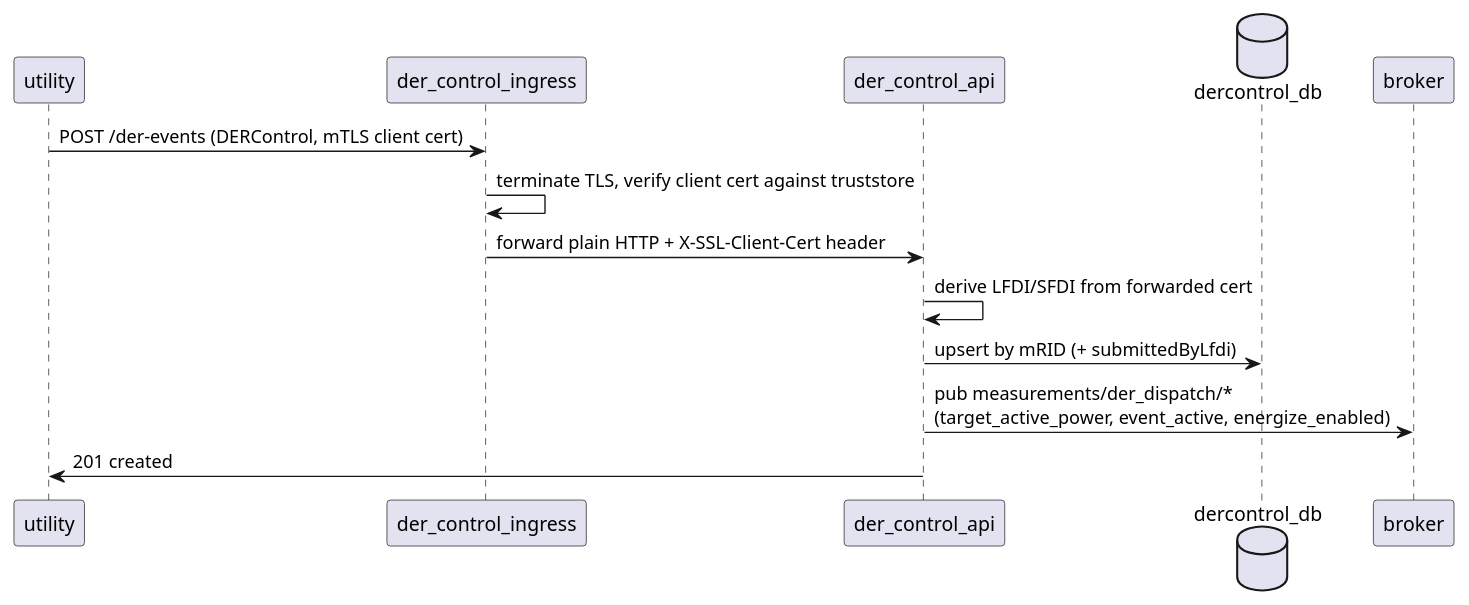
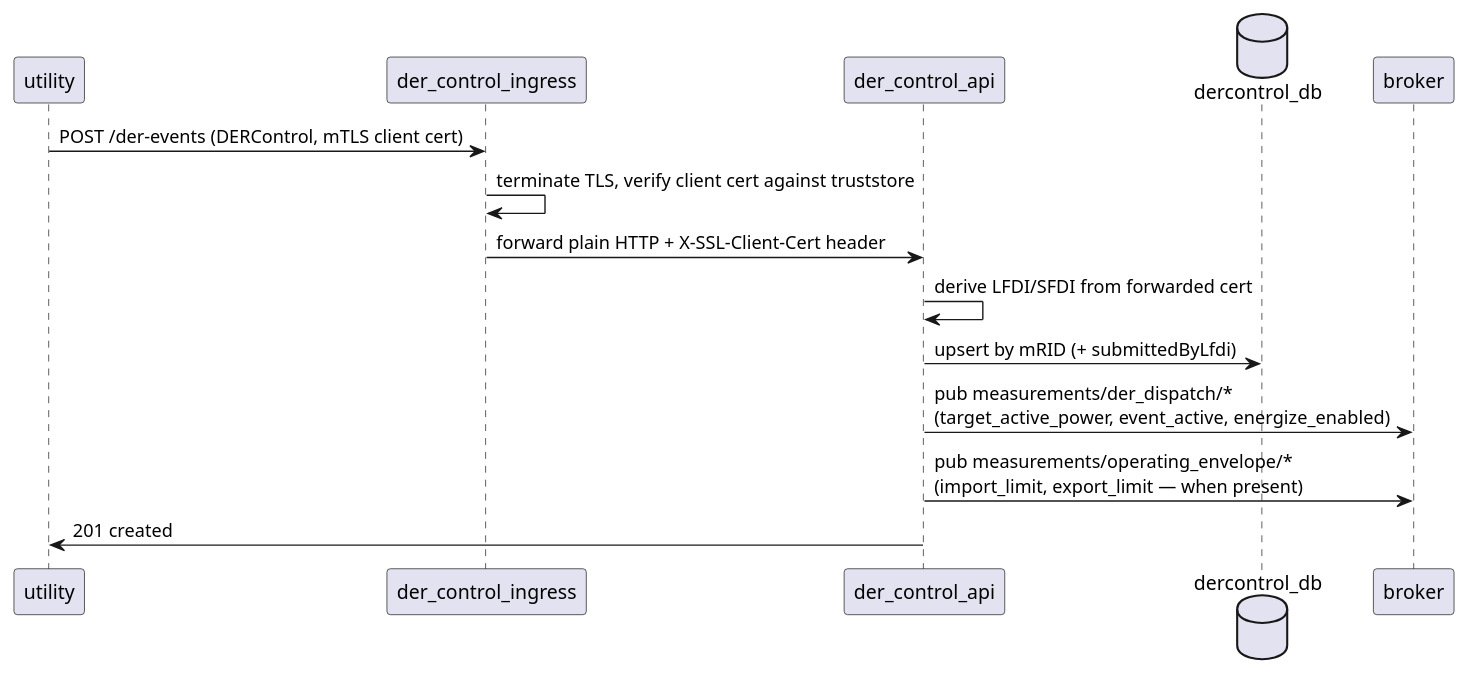
Before and after one commit to arcnode-io/ems-der-control-api: the first of 2 diagrams in readme.md, drawn with PlantUML. The commit also changed other lines of this file, not shown here.

First line of the commit message:
📝 docs(readme): correct the disproven DNP3-ownership claim, mark envelope wiring resolved

````diff
--- a/readme.md
+++ b/readme.md
@@ -41,15 +44,16 @@
 ```plantuml
 participant utility
 participant der_control_ingress
 participant der_control_api
 database dercontrol_db
 participant broker
 
 utility -> der_control_ingress: POST /der-events (DERControl, mTLS client cert)
 der_control_ingress -> der_control_ingress: terminate TLS, verify client cert against truststore
 der_control_ingress -> der_control_api: forward plain HTTP + X-SSL-Client-Cert header
 der_control_api -> der_control_api: derive LFDI/SFDI from forwarded cert
 der_control_api -> dercontrol_db: upsert by mRID (+ submittedByLfdi)
 der_control_api -> broker: pub measurements/der_dispatch/*\n(target_active_power, event_active, energize_enabled)
+der_control_api -> broker: pub measurements/operating_envelope/*\n(import_limit, export_limit — when present)
 der_control_api -> utility: 201 created
 ```
````
